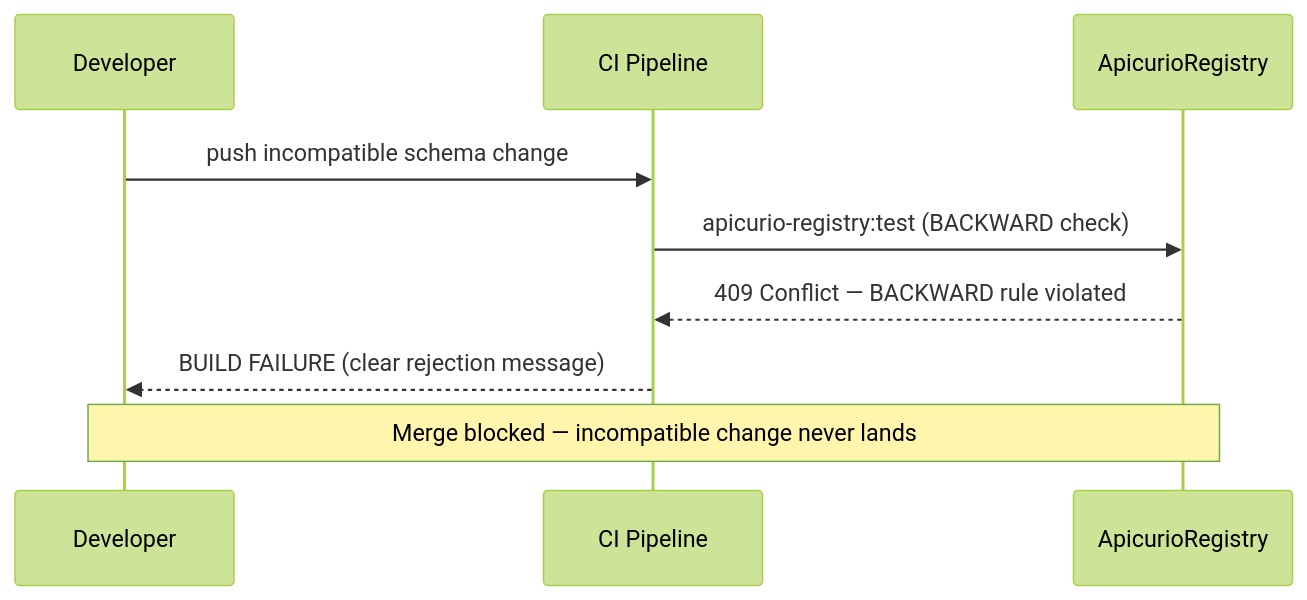
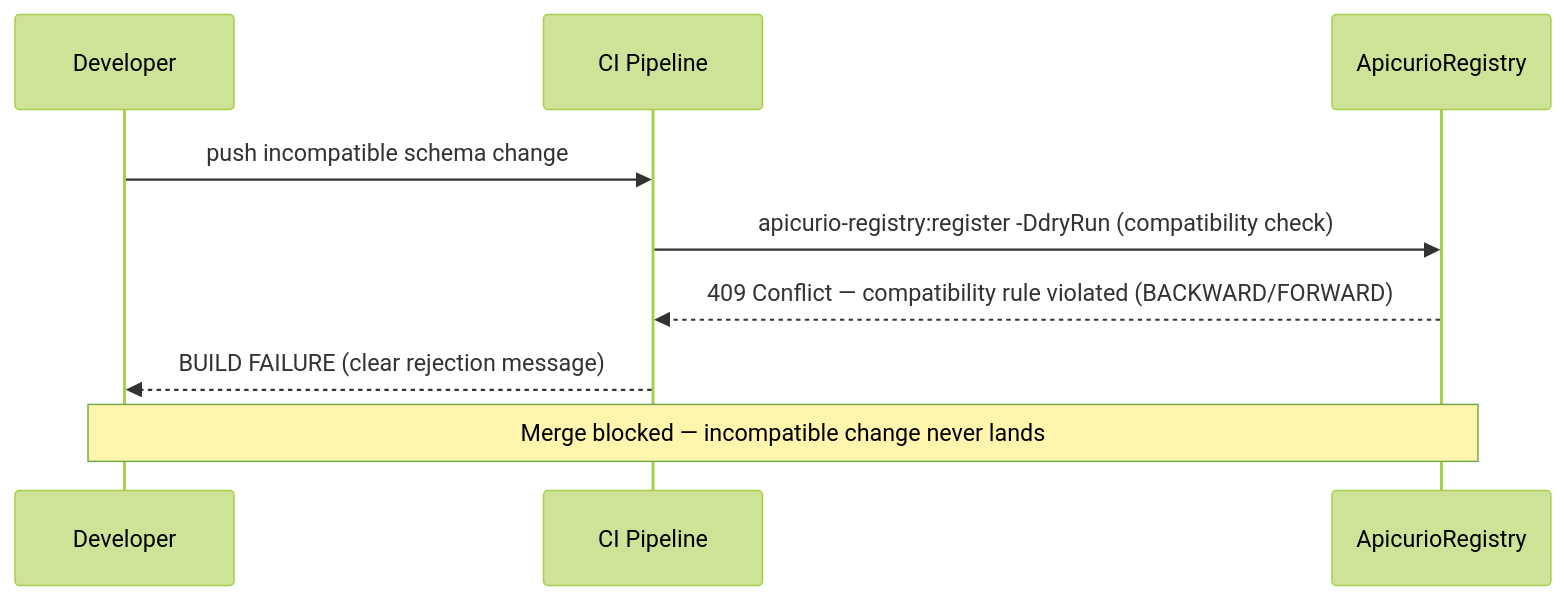
Before and after one commit to anarefin/schema-registry-demo: the third of 4 diagrams in README.md, drawn with Mermaid (forest theme). The commit also changed other lines of this file and 29 other files, not shown here.

````diff
--- a/README.md
+++ b/README.md
@@ -223,12 +235,12 @@
 ```mermaid
 sequenceDiagram
     participant Dev as Developer
     participant CI as CI Pipeline
     participant A as ApicurioRegistry
 
     Dev->>CI: push incompatible schema change
-    CI->>A: apicurio-registry:test (BACKWARD check)
-    A-->>CI: 409 Conflict — BACKWARD rule violated
+    CI->>A: apicurio-registry:register -DdryRun (compatibility check)
+    A-->>CI: 409 Conflict — compatibility rule violated (BACKWARD/FORWARD)
     CI-->>Dev: BUILD FAILURE (clear rejection message)
     Note over Dev,A: Merge blocked — incompatible change never lands
 ```
````
